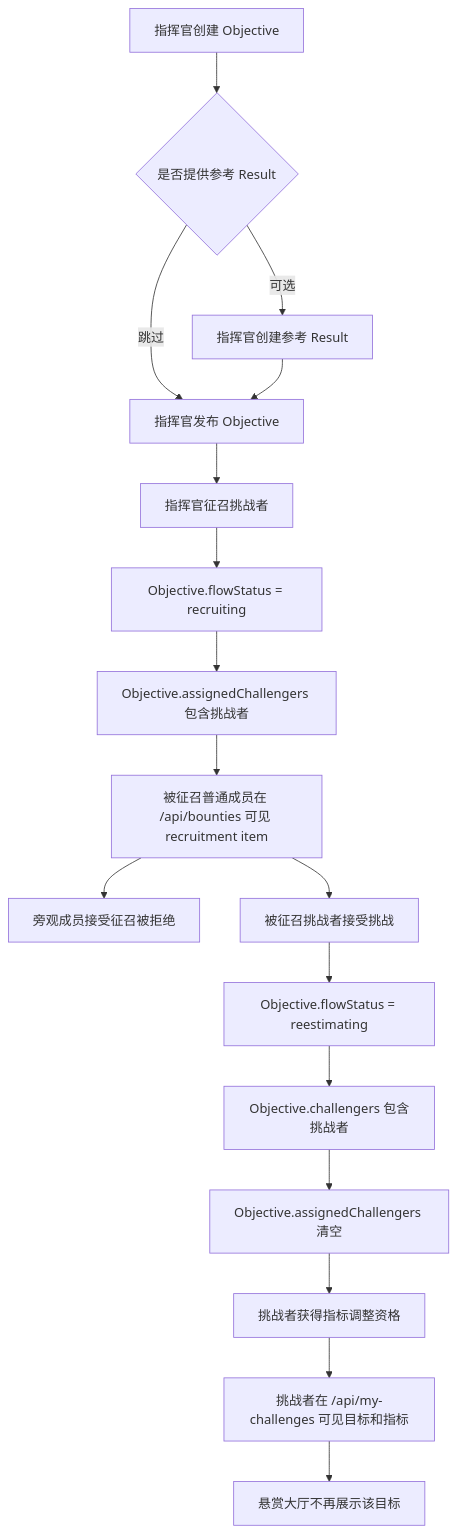
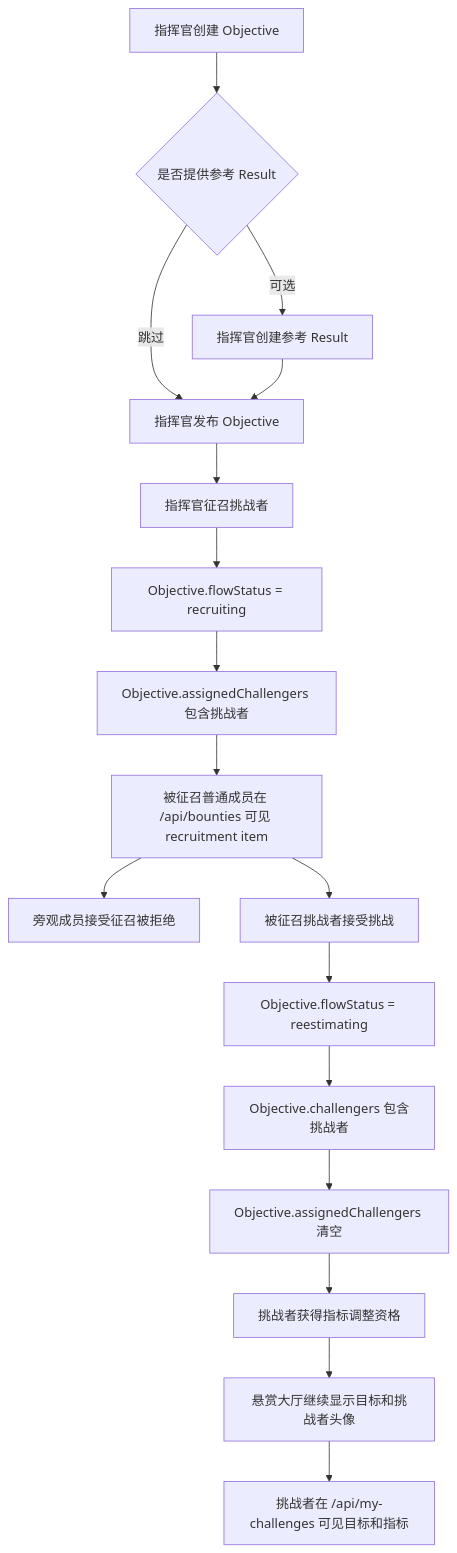
The second of 2 diagrams in docs/backend/ORF 后端流程测试.md (xueyu888/ORF), drawn with Mermaid before and after one commit. The commit also changed other lines of this file and 35 other files, not shown here.

Commit message:
feat: refine bounty hall participation flow

````diff
--- a/docs/backend/ORF 后端流程测试.md
+++ b/docs/backend/ORF 后端流程测试.md
@@ -105,19 +106,19 @@
 ```mermaid
 flowchart TD
   A[指挥官创建 Objective] --> B{是否提供参考 Result}
   B -->|可选| C[指挥官创建参考 Result]
   B -->|跳过| D[指挥官发布 Objective]
   C --> D
   D --> E[指挥官征召挑战者]
   E --> F[Objective.flowStatus = recruiting]
   F --> G[Objective.assignedChallengers 包含挑战者]
   G --> H[被征召普通成员在 /api/bounties 可见 recruitment item]
   H --> I[旁观成员接受征召被拒绝]
   H --> J[被征召挑战者接受挑战]
   J --> K[Objective.flowStatus = reestimating]
   K --> L[Objective.challengers 包含挑战者]
   L --> M[Objective.assignedChallengers 清空]
   M --> N[挑战者获得指标调整资格]
-  N --> O[挑战者在 /api/my-challenges 可见目标和指标]
-  O --> P[悬赏大厅不再展示该目标]
+  N --> O[悬赏大厅继续显示目标和挑战者头像]
+  O --> P[挑战者在 /api/my-challenges 可见目标和指标]
 ```
````
